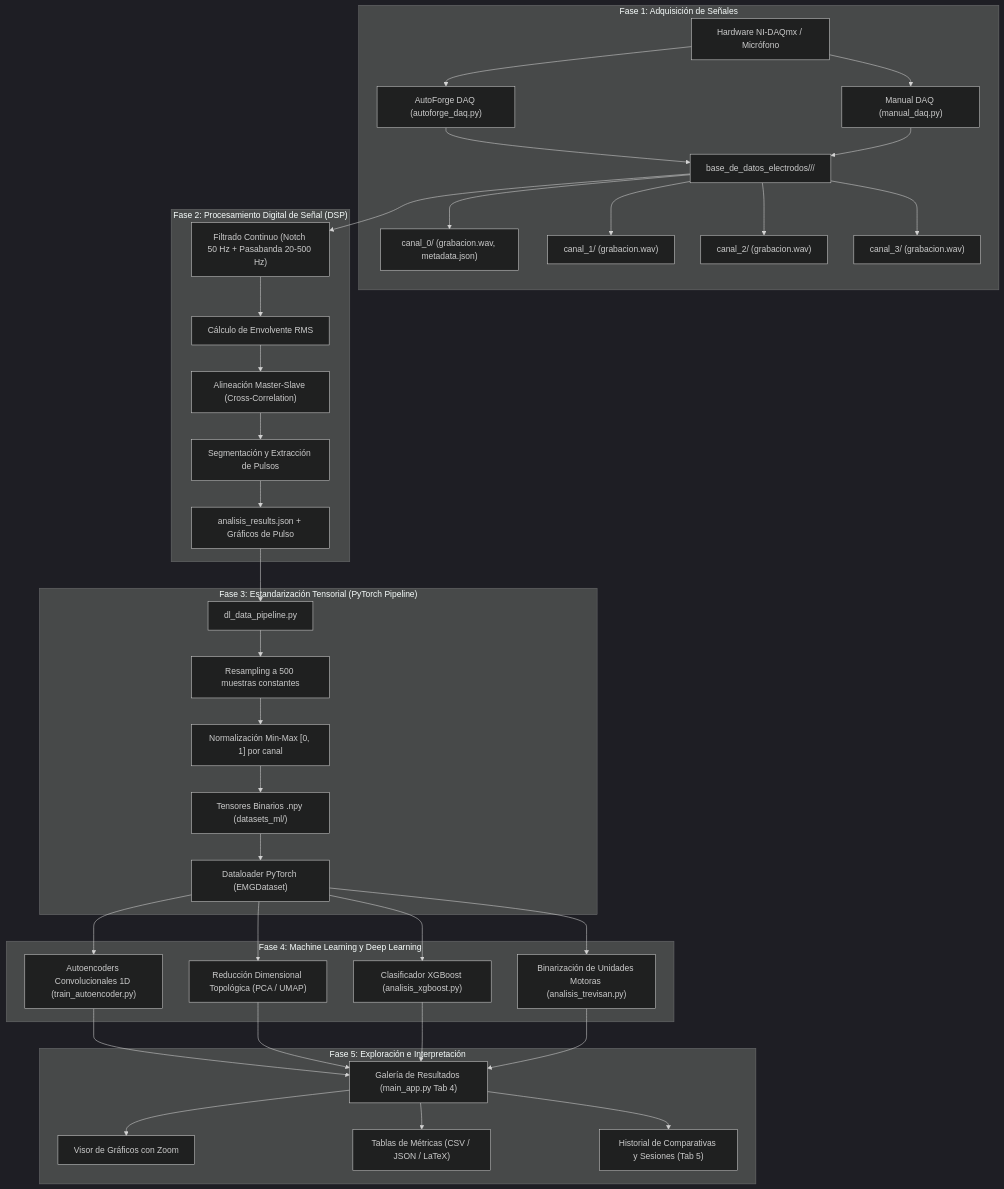
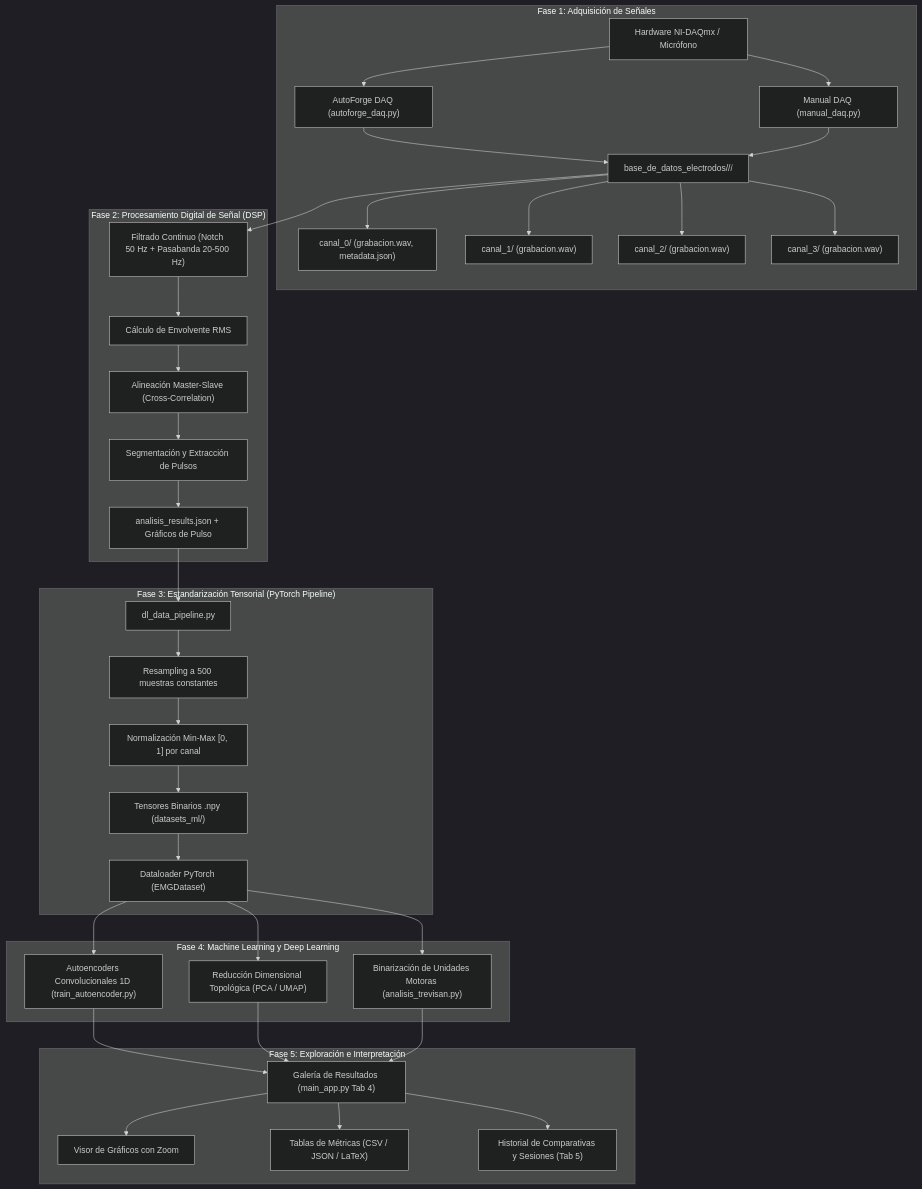
Before and after one commit to santiagopradorodriguez/Nandu_SistemadeAdqusicionEMG: the diagram in README.md, drawn with Mermaid (dark theme). The commit also changed other lines of this file and 10 other files, not shown here.

````diff
--- a/README.md
+++ b/README.md
@@ -103,46 +105,44 @@
 ```mermaid
 graph TD
     subgraph Fase1 ["Fase 1: Adquisición de Señales"]
         A["Hardware NI-DAQmx / Micrófono"] --> B["AutoForge DAQ (autoforge_daq.py)"]
         A --> C["Manual DAQ (manual_daq.py)"]
         B --> D["base_de_datos_electrodos/<Fecha>/<Sesión>/"]
         C --> D
         D --> D0["canal_0/ (grabacion.wav, metadata.json)"]
         D --> D1["canal_1/ (grabacion.wav)"]
         D --> D2["canal_2/ (grabacion.wav)"]
         D --> D3["canal_3/ (grabacion.wav)"]
     end
 
     subgraph Fase2 ["Fase 2: Procesamiento Digital de Señal (DSP)"]
         D --> E["Filtrado Continuo (Notch 50 Hz + Pasabanda 20-500 Hz)"]
         E --> F["Cálculo de Envolvente RMS"]
         F --> G["Alineación Master-Slave (Cross-Correlation)"]
         G --> H["Segmentación y Extracción de Pulsos"]
         H --> I["analisis_results.json + Gráficos de Pulso"]
     end
 
     subgraph Fase3 ["Fase 3: Estandarización Tensorial (PyTorch Pipeline)"]
         I --> J["dl_data_pipeline.py"]
         J --> K["Resampling a 500 muestras constantes"]
         K --> L["Normalización Min-Max [0, 1] por canal"]
         L --> M["Tensores Binarios .npy (datasets_ml/)"]
         M --> N["Dataloader PyTorch (EMGDataset)"]
     end
 
     subgraph Fase4 ["Fase 4: Machine Learning y Deep Learning"]
         N --> O["Autoencoders Convolucionales 1D (train_autoencoder.py)"]
         N --> P["Reducción Dimensional Topológica (PCA / UMAP)"]
-        N --> Q["Clasificador XGBoost (analisis_xgboost.py)"]
         N --> R["Binarización de Unidades Motoras (analisis_trevisan.py)"]
     end
 
     subgraph Fase5 ["Fase 5: Exploración e Interpretación"]
         O --> S["Galería de Resultados (main_app.py Tab 4)"]
         P --> S
-        Q --> S
         R --> S
         S --> T["Visor de Gráficos con Zoom"]
         S --> U["Tablas de Métricas (CSV / JSON / LaTeX)"]
         S --> V["Historial de Comparativas y Sesiones (Tab 5)"]
     end
 ```
````
